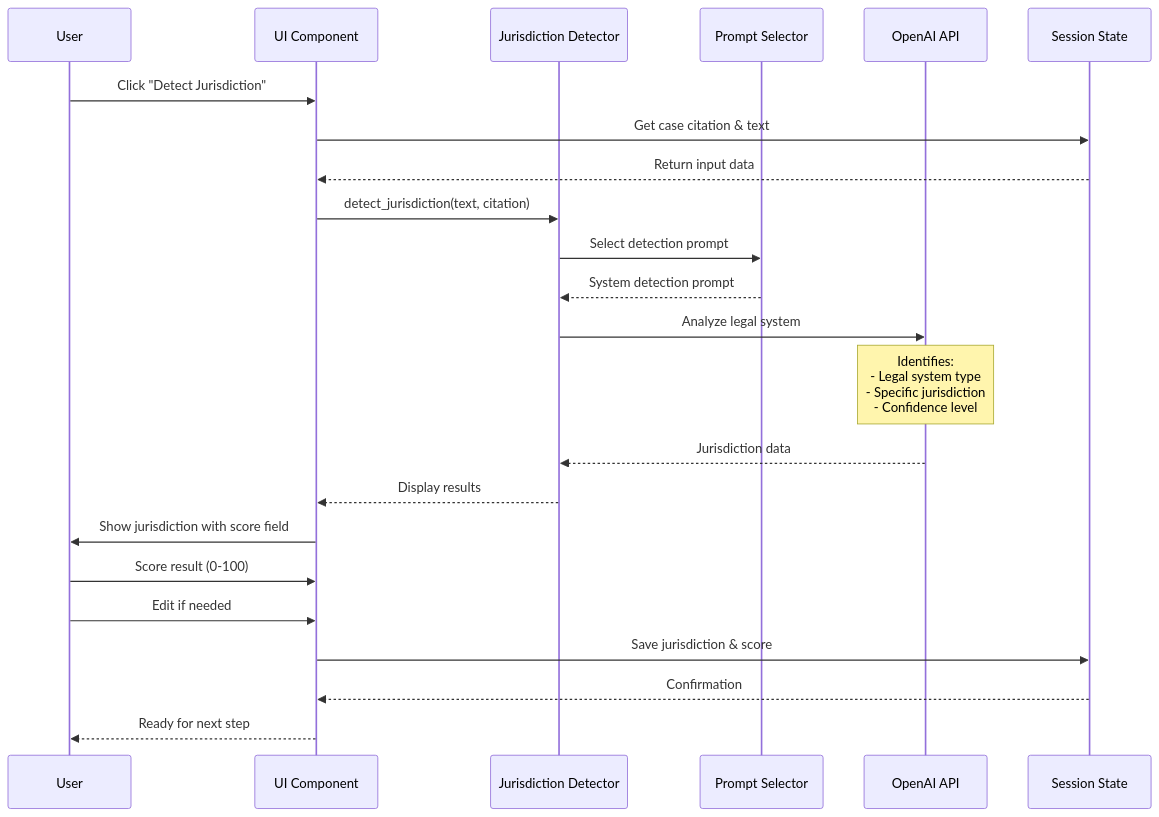
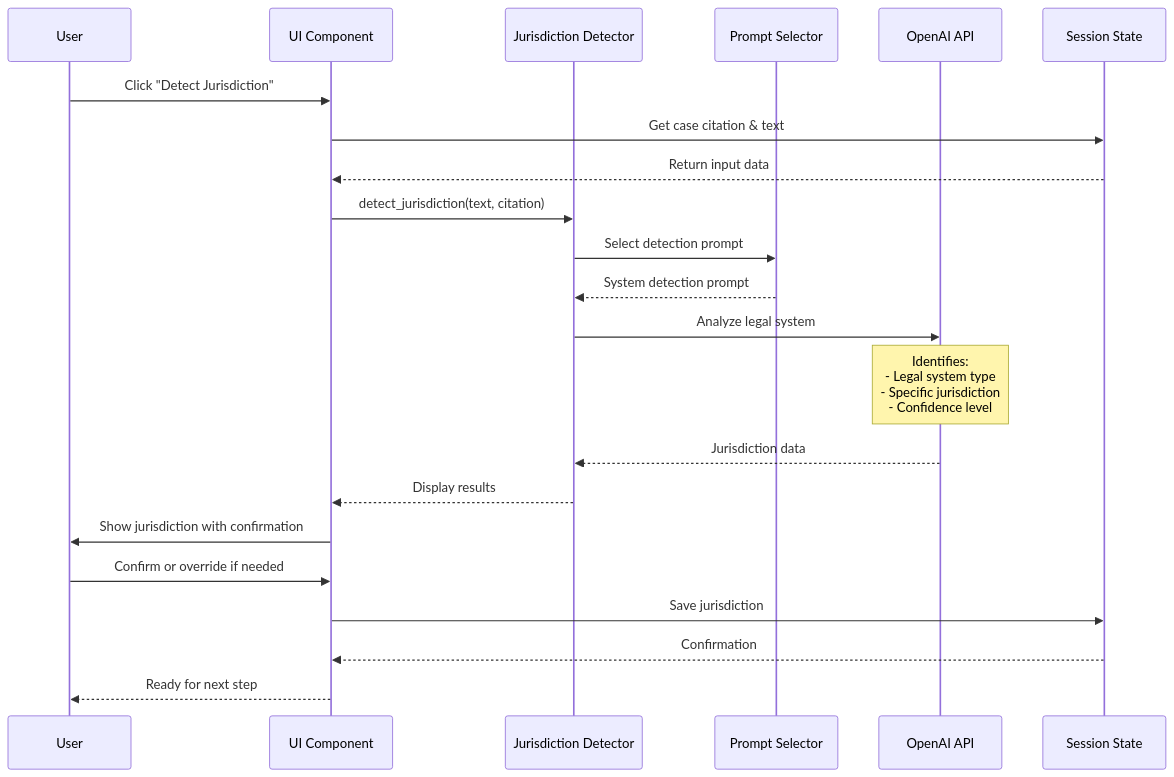
The third of 8 diagrams in docs/WORKFLOWS.md (Choice-of-Law-Dataverse/cold-case-analysis), drawn with Mermaid before and after one commit. The commit also changed other lines of this file and 8 other files, not shown here.

````diff
--- a/docs/WORKFLOWS.md
+++ b/docs/WORKFLOWS.md
@@ -185,30 +180,29 @@
 ```mermaid
 sequenceDiagram
     participant User
     participant UI as UI Component
     participant Tool as Jurisdiction Detector
     participant Prompt as Prompt Selector
     participant LLM as OpenAI API
     participant State as Session State
 
     User->>UI: Click "Detect Jurisdiction"
     UI->>State: Get case citation & text
     State-->>UI: Return input data
     
     UI->>Tool: detect_jurisdiction(text, citation)
     Tool->>Prompt: Select detection prompt
     Prompt-->>Tool: System detection prompt
     
     Tool->>LLM: Analyze legal system
     Note over LLM: Identifies:<br/>- Legal system type<br/>- Specific jurisdiction<br/>- Confidence level
     LLM-->>Tool: Jurisdiction data
     
     Tool-->>UI: Display results
-    UI->>User: Show jurisdiction with score field
-    User->>UI: Score result (0-100)
-    User->>UI: Edit if needed
-    
-    UI->>State: Save jurisdiction & score
+    UI->>User: Show jurisdiction with confirmation
+    User->>UI: Confirm or override if needed
+
+    UI->>State: Save jurisdiction
     State-->>UI: Confirmation
     UI-->>User: Ready for next step
 ```
````
